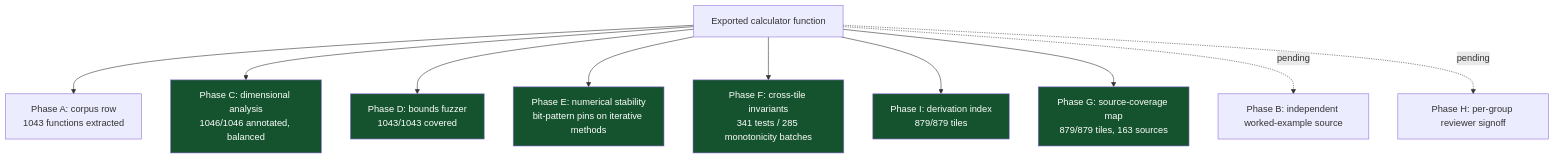
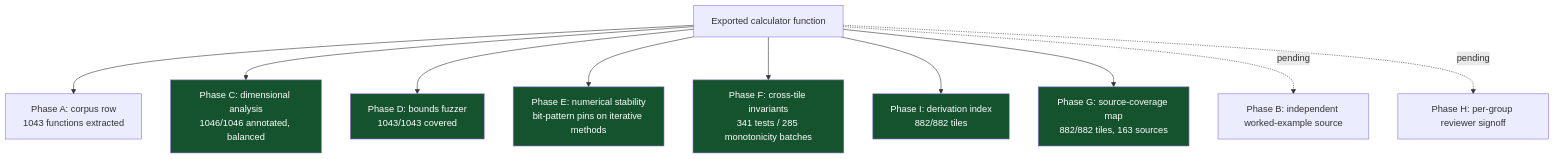
One commit to clay-good/roughlogic.com changed the sixth of 8 diagrams in README.md. Above: the diagram before and after it, drawn with Mermaid. The commit also changed other lines of this file and 19 other files, not shown here.

````diff
--- a/README.md
+++ b/README.md
@@ -519,18 +519,18 @@
 ```mermaid
 flowchart TB
     F[Exported calculator function] --> A[Phase A: corpus row\n1043 functions extracted]
     F --> C[Phase C: dimensional analysis\n1046/1046 annotated, balanced]
     F --> D[Phase D: bounds fuzzer\n1043/1043 covered]
     F --> E[Phase E: numerical stability\nbit-pattern pins on iterative methods]
     F --> Fa[Phase F: cross-tile invariants\n341 tests / 285 monotonicity batches]
-    F --> I[Phase I: derivation index\n879/879 tiles]
-    F --> G[Phase G: source-coverage map\n879/879 tiles, 163 sources]
+    F --> I[Phase I: derivation index\n882/882 tiles]
+    F --> G[Phase G: source-coverage map\n882/882 tiles, 163 sources]
     F -.pending.-> B[Phase B: independent worked-example source]
     F -.pending.-> H[Phase H: per-group reviewer signoff]
     style C fill:#14532d,color:#fff
     style D fill:#14532d,color:#fff
     style E fill:#14532d,color:#fff
     style Fa fill:#14532d,color:#fff
     style G fill:#14532d,color:#fff
     style I fill:#14532d,color:#fff
 ```
````
